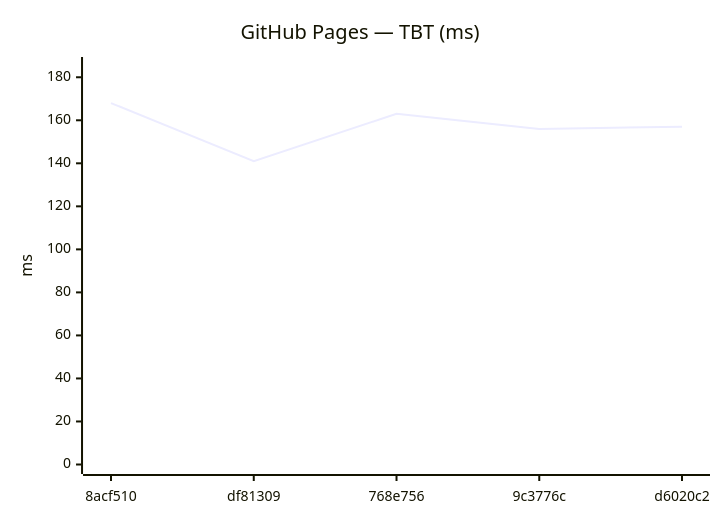
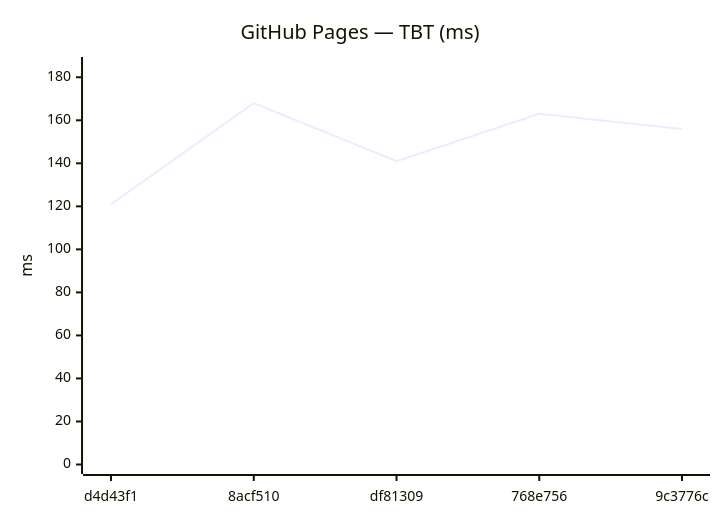
One commit to Metaheurist/Rianell changed the tenth of 18 diagrams in benchmarks/compare.md. Above: the diagram before and after it, drawn with Mermaid. The commit also changed other lines of this file and 11 other files, not shown here.

````diff
--- a/benchmarks/compare.md
+++ b/benchmarks/compare.md
@@ -149,7 +149,7 @@
 ```mermaid
 xychart-beta
     title "GitHub Pages — TBT (ms)"
-    x-axis ["8acf510", "df81309", "768e756", "9c3776c", "d6020c2"]
+    x-axis ["d4d43f1", "8acf510", "df81309", "768e756", "9c3776c"]
     y-axis "ms" 0 --> 185
-    line [168, 141, 163, 156, 157]
+    line [121, 168, 141, 163, 156]
 ```
````
